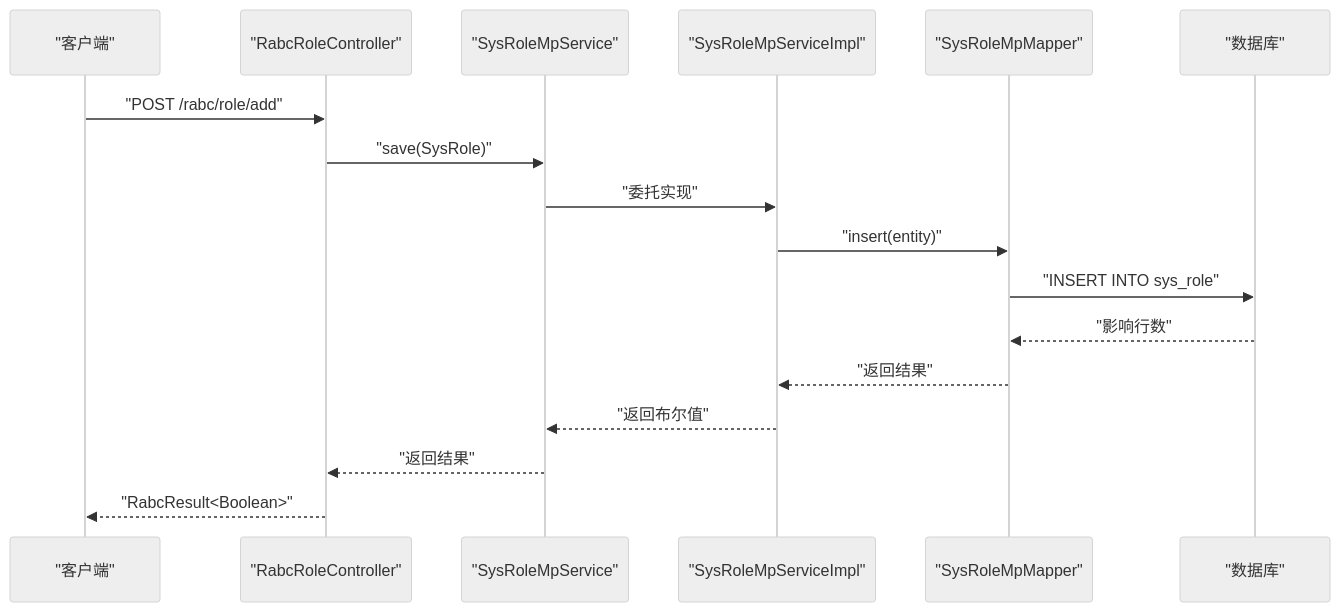
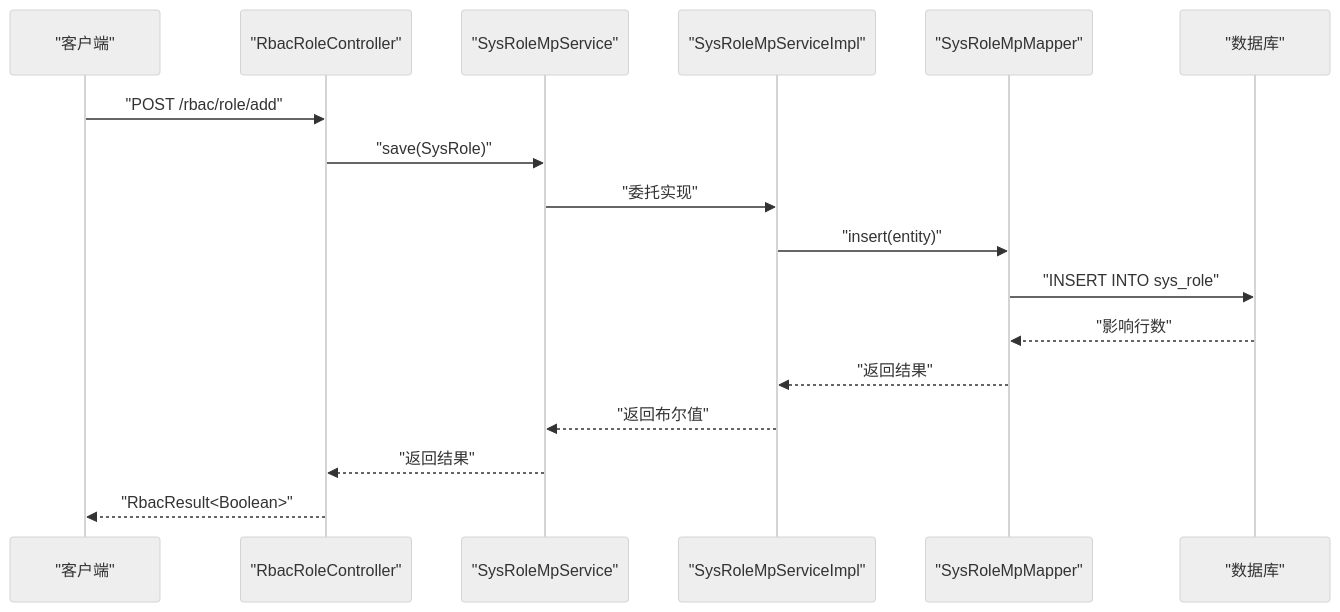
The second of 7 diagrams in .qoder/repowiki/zh/content/权限系统 (qy-auth)/RBAC实现 (auth-rbac)/角色管理.md (LiukewenSC/kewen-framework), drawn with Mermaid (neutral theme) before and after one commit. The commit also changed other lines of this file and 764 other files, not shown here.

````diff
--- a/.qoder/repowiki/zh/content/权限系统 (qy-auth)/RBAC实现 (auth-rbac)/角色管理.md
+++ b/.qoder/repowiki/zh/content/权限系统 (qy-auth)/RBAC实现 (auth-rbac)/角色管理.md
@@ -159,19 +159,19 @@
 ```mermaid
 sequenceDiagram
 participant Client as "客户端"
-participant Ctrl as "RabcRoleController"
+participant Ctrl as "RbacRoleController"
 participant Svc as "SysRoleMpService"
 participant Impl as "SysRoleMpServiceImpl"
 participant Mapper as "SysRoleMpMapper"
 participant DB as "数据库"
-Client->>Ctrl : "POST /rabc/role/add"
+Client->>Ctrl : "POST /rbac/role/add"
 Ctrl->>Svc : "save(SysRole)"
 Svc->>Impl : "委托实现"
 Impl->>Mapper : "insert(entity)"
 Mapper->>DB : "INSERT INTO sys_role"
 DB-->>Mapper : "影响行数"
 Mapper-->>Impl : "返回结果"
 Impl-->>Svc : "返回布尔值"
 Svc-->>Ctrl : "返回结果"
-Ctrl-->>Client : "RabcResult<Boolean>"
+Ctrl-->>Client : "RbacResult<Boolean>"
 ```
````
